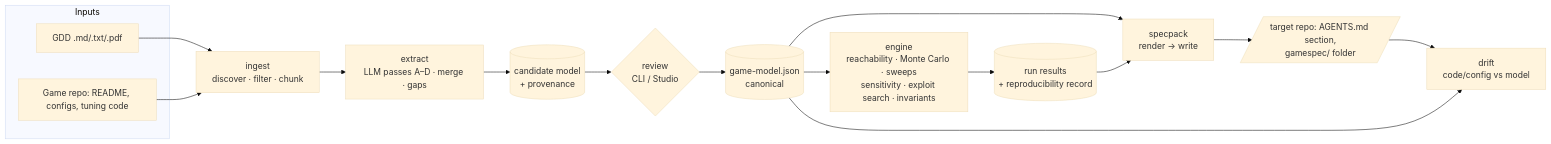
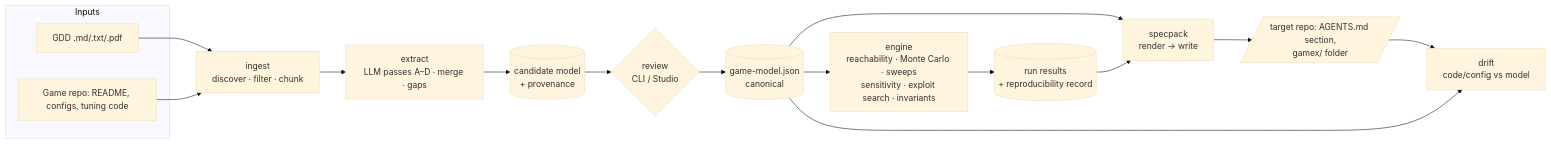
One commit to chetanya1998/Game-Simulation-Backend-Engine changed the first of 2 diagrams in docs/ARCHITECTURE.md. Above: the diagram before and after it, drawn with Mermaid (base theme). The commit also changed other lines of this file and 4 other files, not shown here.

````diff
--- a/docs/ARCHITECTURE.md
+++ b/docs/ARCHITECTURE.md
@@ -16,20 +17,20 @@
 ```mermaid
 flowchart LR
   subgraph Inputs
     GDD[GDD .md/.txt/.pdf]
     REPO[Game repo: README, configs, tuning code]
   end
   GDD --> ING[ingest<br/>discover · filter · chunk]
   REPO --> ING
   ING --> EXT[extract<br/>LLM passes A–D · merge · gaps]
   EXT --> CAND[(candidate model<br/>+ provenance)]
   CAND --> REV{review<br/>CLI / Studio}
   REV --> GM[(game-model.json<br/>canonical)]
   GM --> ENG[engine<br/>reachability · Monte Carlo · sweeps<br/>sensitivity · exploit search · invariants]
   ENG --> RES[(run results<br/>+ reproducibility record)]
   GM --> SP[specpack<br/>render → write]
   RES --> SP
-  SP --> OUT[/target repo: AGENTS.md section,<br/>gamespec/ folder/]
+  SP --> OUT[/target repo: AGENTS.md section,<br/>gamex/ folder/]
   OUT --> DR[drift<br/>code/config vs model]
   GM --> DR
 ```
````
